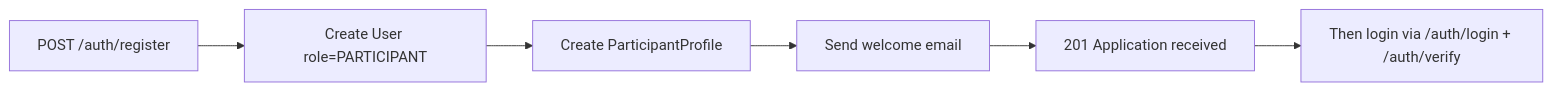
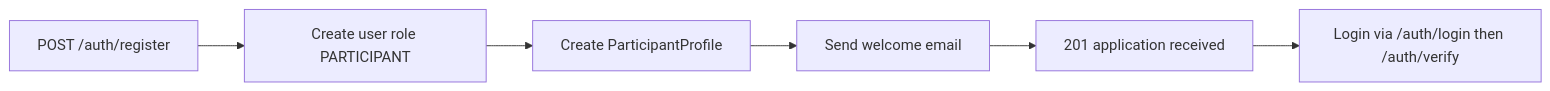
One commit to BradyTun/Let-s-Tech-Project-Planning-App changed the third of 9 diagrams in API_WORKFLOWS.md. Above: the diagram before and after it, drawn with Mermaid. The commit also changed other lines of this file and 2 other files, not shown here.

````diff
--- a/API_WORKFLOWS.md
+++ b/API_WORKFLOWS.md
@@ -65,8 +65,8 @@
 ```mermaid
 flowchart LR
-    A[POST /auth/register] --> B[Create User role=PARTICIPANT]
-    B --> C[Create ParticipantProfile]
-    C --> D[Send welcome email]
-    D --> E[201 Application received]
-    E --> F[Then login via /auth/login + /auth/verify]
+    A["POST /auth/register"] --> B["Create user role PARTICIPANT"]
+    B --> C["Create ParticipantProfile"]
+    C --> D["Send welcome email"]
+    D --> E["201 application received"]
+    E --> F["Login via /auth/login then /auth/verify"]
 ```
````
